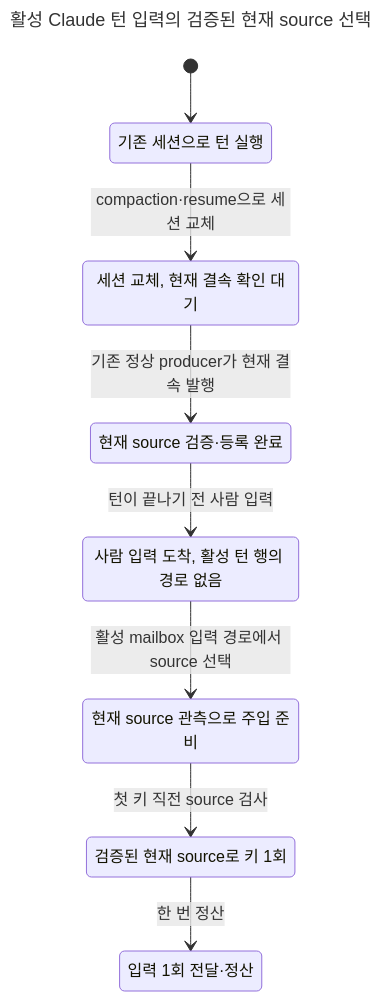
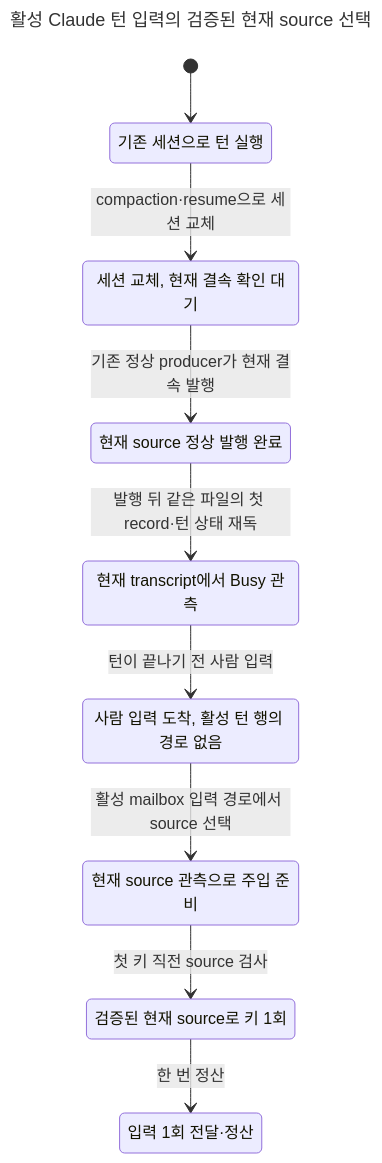
Before and after one commit to itismyfield/AgentDesk: the diagram in docs/statecharts/input-single-path/herdr-busy-active-source.chart.mmd, drawn with Mermaid. The commit also changed 6 other files, not shown here.

Commit message:
docs: model busy source proof from opened transcript evidence

```diff
--- a/docs/statecharts/input-single-path/herdr-busy-active-source.chart.mmd
+++ b/docs/statecharts/input-single-path/herdr-busy-active-source.chart.mmd
@@ -1,18 +1,20 @@
 ---
 title: "활성 Claude 턴 입력의 검증된 현재 source 선택"
 ---
 stateDiagram-v2
   s0: 기존 세션으로 턴 실행
   s1: 세션 교체, 현재 결속 확인 대기
-  s2: 현재 source 검증#183;등록 완료
-  s3: 사람 입력 도착, 활성 턴 행의 경로 없음
-  s4: 현재 source 관측으로 주입 준비
-  s5: 검증된 현재 source로 키 1회
-  s6: 입력 1회 전달#183;정산
+  s2: 현재 source 정상 발행 완료
+  s3: 현재 transcript에서 Busy 관측
+  s4: 사람 입력 도착, 활성 턴 행의 경로 없음
+  s5: 현재 source 관측으로 주입 준비
+  s6: 검증된 현재 source로 키 1회
+  s7: 입력 1회 전달#183;정산
   [*] --> s0
   s0 --> s1: compaction#183;resume으로 세션 교체
   s1 --> s2: 기존 정상 producer가 현재 결속 발행
-  s2 --> s3: 턴이 끝나기 전 사람 입력
-  s3 --> s4: 활성 mailbox 입력 경로에서 source 선택
-  s4 --> s5: 첫 키 직전 source 검사
-  s5 --> s6: 한 번 정산
+  s2 --> s3: 발행 뒤 같은 파일의 첫 record#183;턴 상태 재독
+  s3 --> s4: 턴이 끝나기 전 사람 입력
+  s4 --> s5: 활성 mailbox 입력 경로에서 source 선택
+  s5 --> s6: 첫 키 직전 source 검사
+  s6 --> s7: 한 번 정산
```
